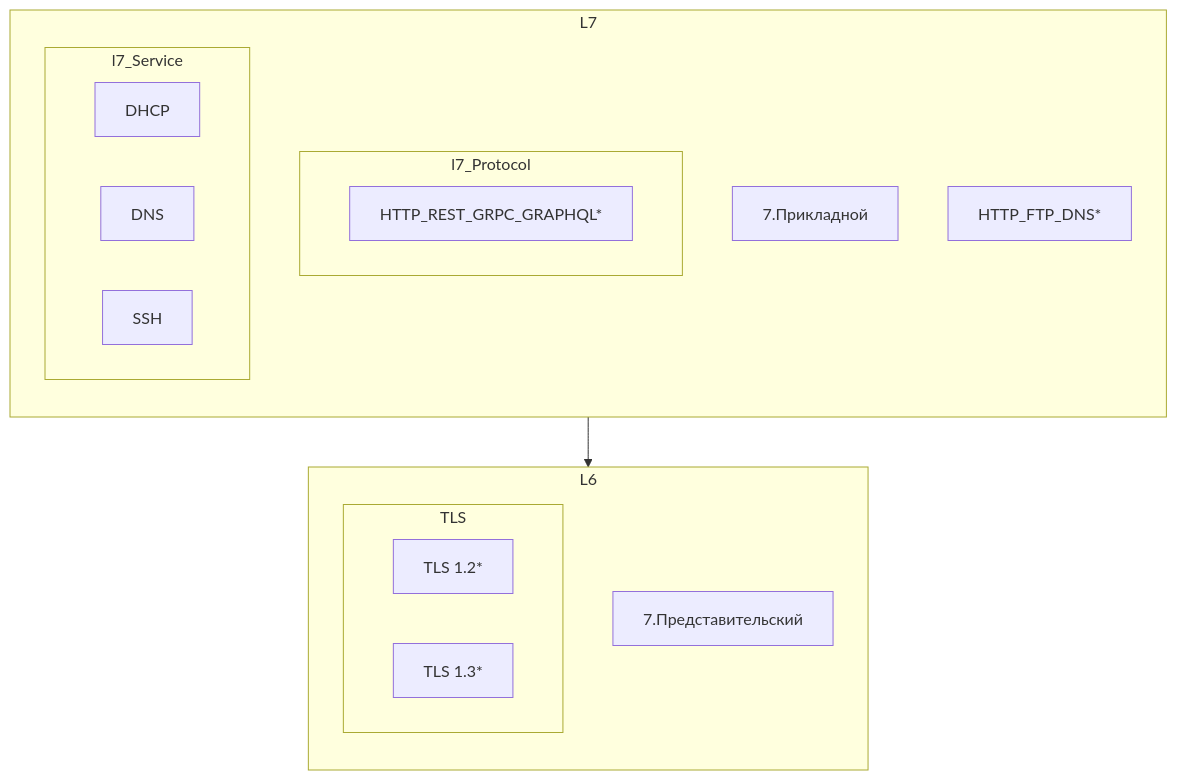
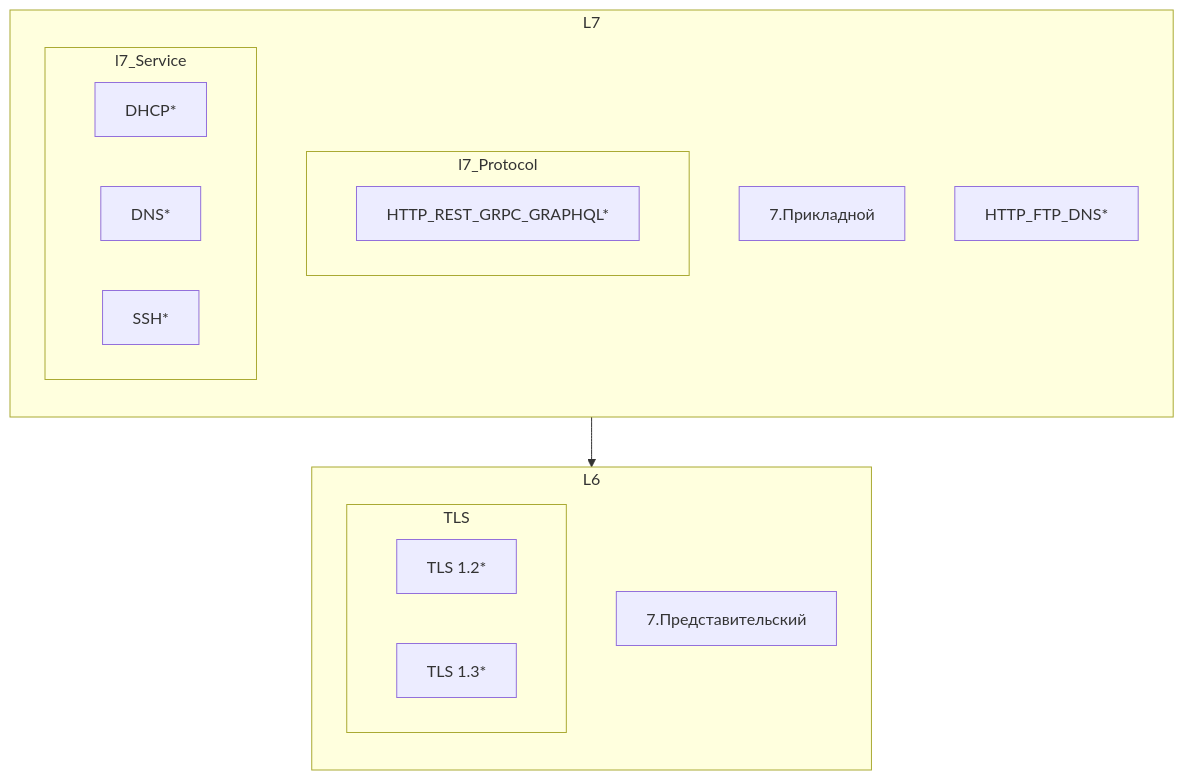
One commit to Firzen475/Common changed the first of 3 diagrams in __00_Собес__/01_Сеть/README.md. Above: the diagram before and after it, drawn with Mermaid. The commit also changed 3 other files, not shown here.

````diff
--- a/__00_Собес__/01_Сеть/README.md
+++ b/__00_Собес__/01_Сеть/README.md
@@ -6,39 +6,40 @@
 ```mermaid
 flowchart TB
     subgraph L7
         direction TB
         application["7.Прикладной"]
         subgraph l7_Protocol
             HTTP_REST_GRPC_GRAPHQL["HTTP_REST_GRPC_GRAPHQL*"]
             click HTTP_REST_GRPC_GRAPHQL "https://github.com/Firzen475/Common/blob/main/__01_base__/_02_net_/L7/Protocol.md" "Перейти к разделу"
         end
         subgraph l7_Service
-            dhcp[DHCP]
-            click dhcp "https://github.com/Firzen475/Common/blob/main/__01_base__/_02_net_/L7/Service.md#DHCP"
-            dns[DNS]
-            ssh[SSH]
+            dhcp[DHCP*]
+            click dhcp "https://github.com/Firzen475/Common/blob/main/__01_base__/_02_net_/L7/Service.md#DHCPd"
+            dns[DNS*]
+            click dns "https://github.com/Firzen475/Common/blob/main/__01_base__/_02_net_/L7/Service.md#DNS"
+            ssh[SSH*]
         end
         HTTP_FTP_DNS["HTTP_FTP_DNS*"]
         
     end
     subgraph L6
         direction TB
         presentation["7.Представительский"]
         subgraph TLS
             TLS12["TLS 1.2*"]
             click TLS12 "#TLS-12" "Перейти к разделу"
             TLS13["TLS 1.3*"]
             click TLS13 "#TLS-13" "Перейти к разделу"
         end
         
     end
 
 
 
 
 
 
 
     L7 --> L6
 
 ```
````
